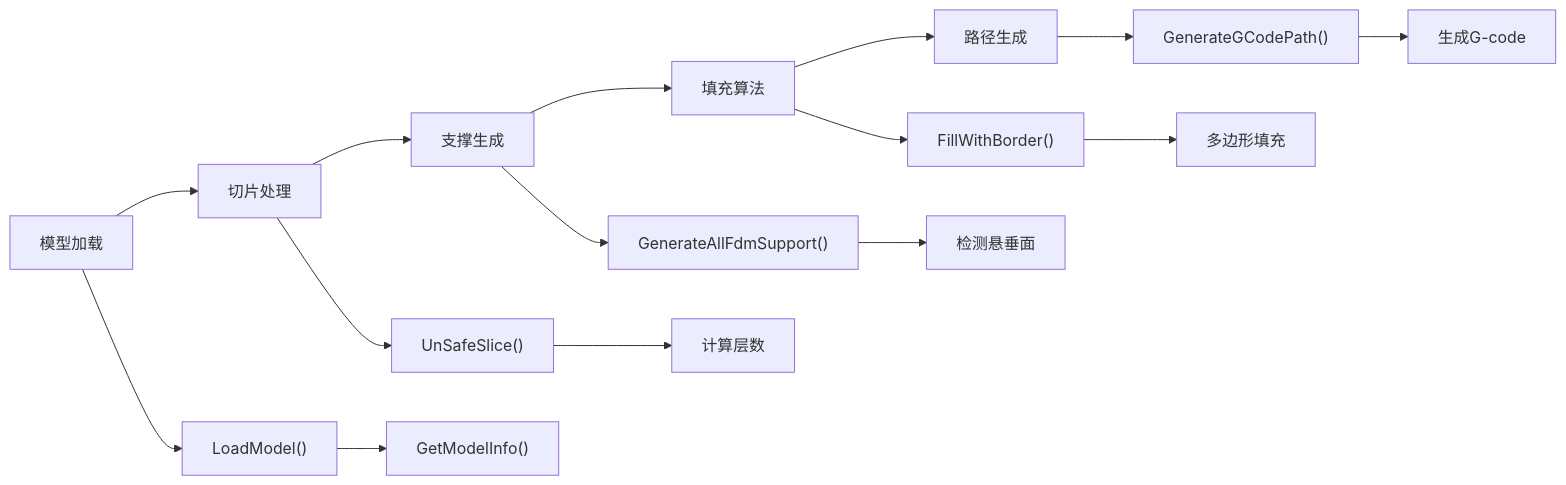
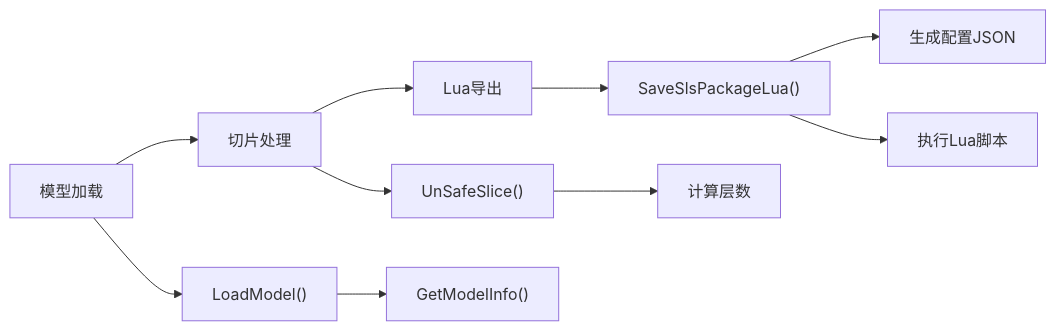
The eighth of 10 diagrams in .qoder/repowiki/zh/content/扩展与集成/动态库集成.md (hsmbanlance/HsBaSlicer), drawn with Mermaid before and after one commit. The commit also changed other lines of this file and 19 other files, not shown here.

````diff
--- a/.qoder/repowiki/zh/content/扩展与集成/动态库集成.md
+++ b/.qoder/repowiki/zh/content/扩展与集成/动态库集成.md
@@ -303,14 +341,11 @@
 ```mermaid
 flowchart LR
-A["模型加载"] --> B["切片处理"] --> C["支撑生成"] --> D["填充算法"] --> E["路径生成"]
+A["模型加载"] --> B["切片处理"] --> C["Lua导出"]
 A --> A1["LoadModel()"]
 B --> B1["UnSafeSlice()"]
-C --> C1["GenerateAllFdmSupport()"]
-D --> D1["FillWithBorder()"]
-E --> E1["GenerateGCodePath()"]
+C --> C1["SaveSlsPackageLua()"]
 A1 --> A2["GetModelInfo()"]
 B1 --> B2["计算层数"]
-C1 --> C2["检测悬垂面"]
-D1 --> D2["多边形填充"]
-E1 --> E2["生成G-code"]
+C1 --> C2["生成配置JSON"]
+C1 --> C3["执行Lua脚本"]
 ```
````
